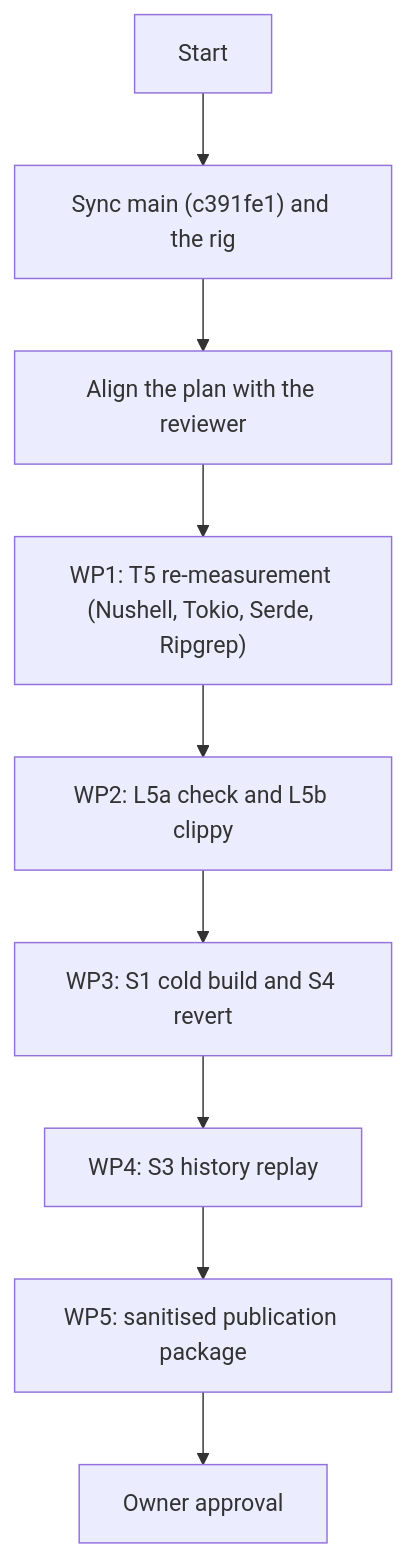
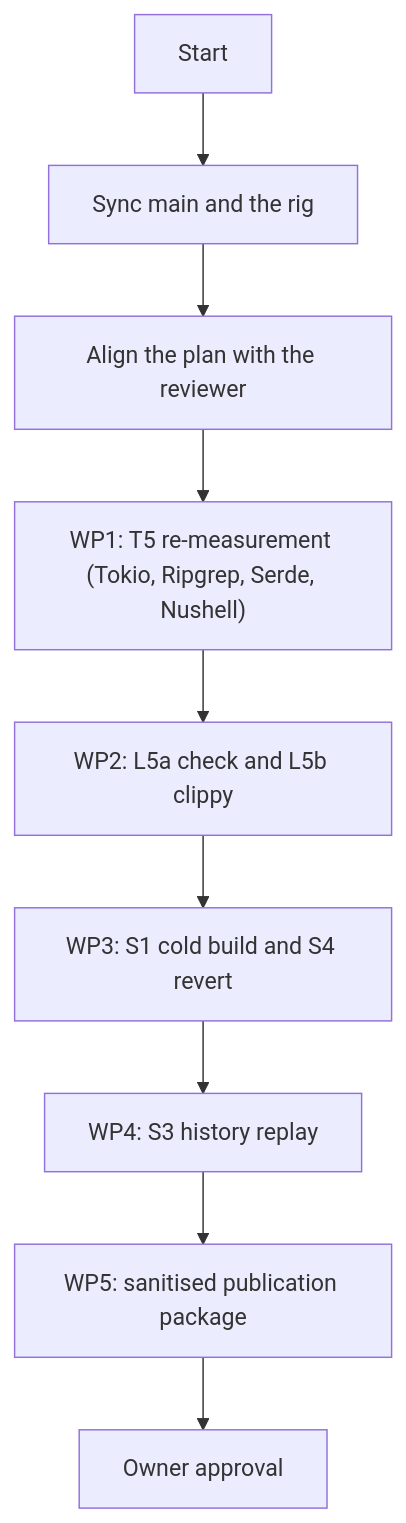
Before and after one commit to alex09x/mitts: the diagram in docs/benchmarks-execution-plan.md, drawn with Mermaid. The commit also changed other lines of this file and 8 other files, not shown here.

````diff
--- a/docs/benchmarks-execution-plan.md
+++ b/docs/benchmarks-execution-plan.md
@@ -118,11 +120,11 @@
 ```mermaid
 flowchart TD
-    Start["Start"] --> SyncCheck["Sync main (c391fe1) and the rig"]
+    Start["Start"] --> SyncCheck["Sync main and the rig"]
     SyncCheck --> ReviewerAlign["Align the plan with the reviewer"]
-    ReviewerAlign --> WP1["WP1: T5 re-measurement (Nushell, Tokio, Serde, Ripgrep)"]
+    ReviewerAlign --> WP1["WP1: T5 re-measurement (Tokio, Ripgrep, Serde, Nushell)"]
     WP1 --> WP2["WP2: L5a check and L5b clippy"]
     WP2 --> WP3["WP3: S1 cold build and S4 revert"]
     WP3 --> WP4["WP4: S3 history replay"]
     WP4 --> WP5["WP5: sanitised publication package"]
     WP5 --> Done["Owner approval"]
 ```
````
